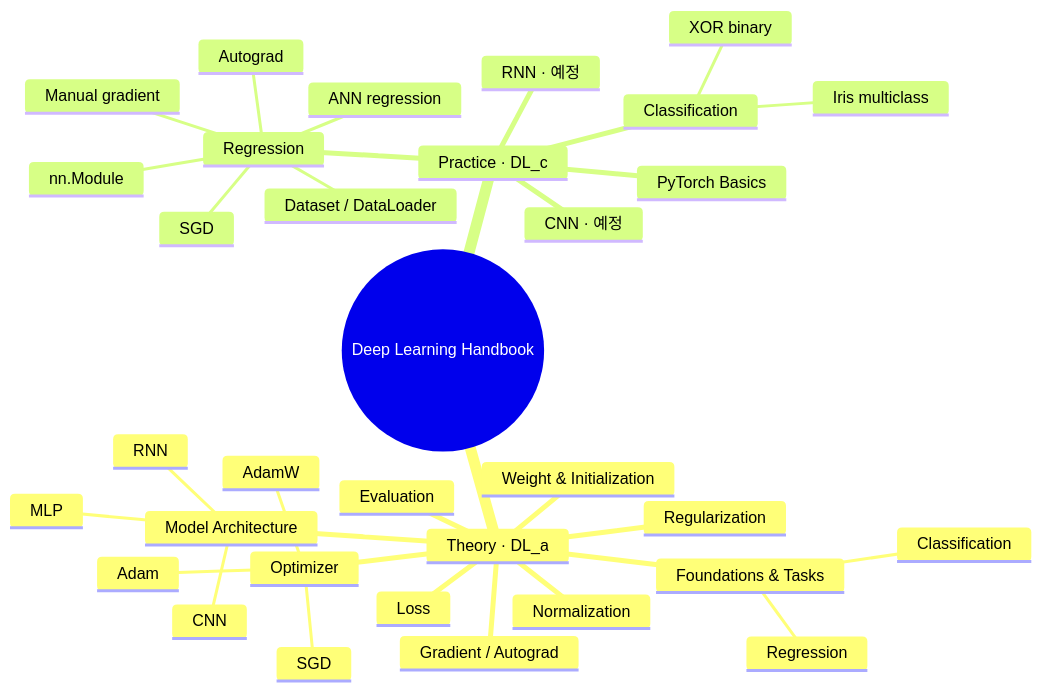
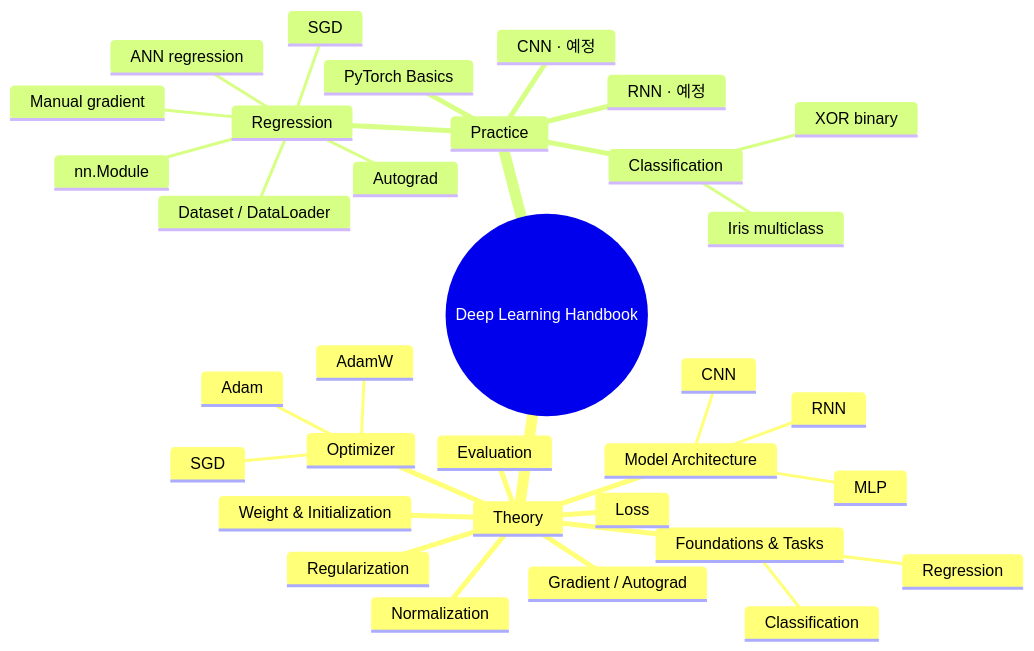
One commit to minwoo02/deep-learning-handbook changed the diagram in docs/roadmap.md. Above: the diagram before and after it, drawn with Mermaid. The commit also changed 20 other files, not shown here.

````diff
--- a/docs/roadmap.md
+++ b/docs/roadmap.md
@@ -7,36 +7,36 @@
 ```mermaid
 mindmap
   root((Deep Learning Handbook))
-    Theory · DL_a
+    Theory
       Foundations & Tasks
         Regression
         Classification
       Model Architecture
         MLP
         CNN
         RNN
       Weight & Initialization
       Loss
       Gradient / Autograd
       Optimizer
         SGD
         Adam
         AdamW
       Normalization
       Regularization
       Evaluation
-    Practice · DL_c
+    Practice
       PyTorch Basics
       Regression
         Manual gradient
         Autograd
         SGD
         nn.Module
         Dataset / DataLoader
         ANN regression
       Classification
         XOR binary
         Iris multiclass
       CNN · 예정
       RNN · 예정
 ```
````
